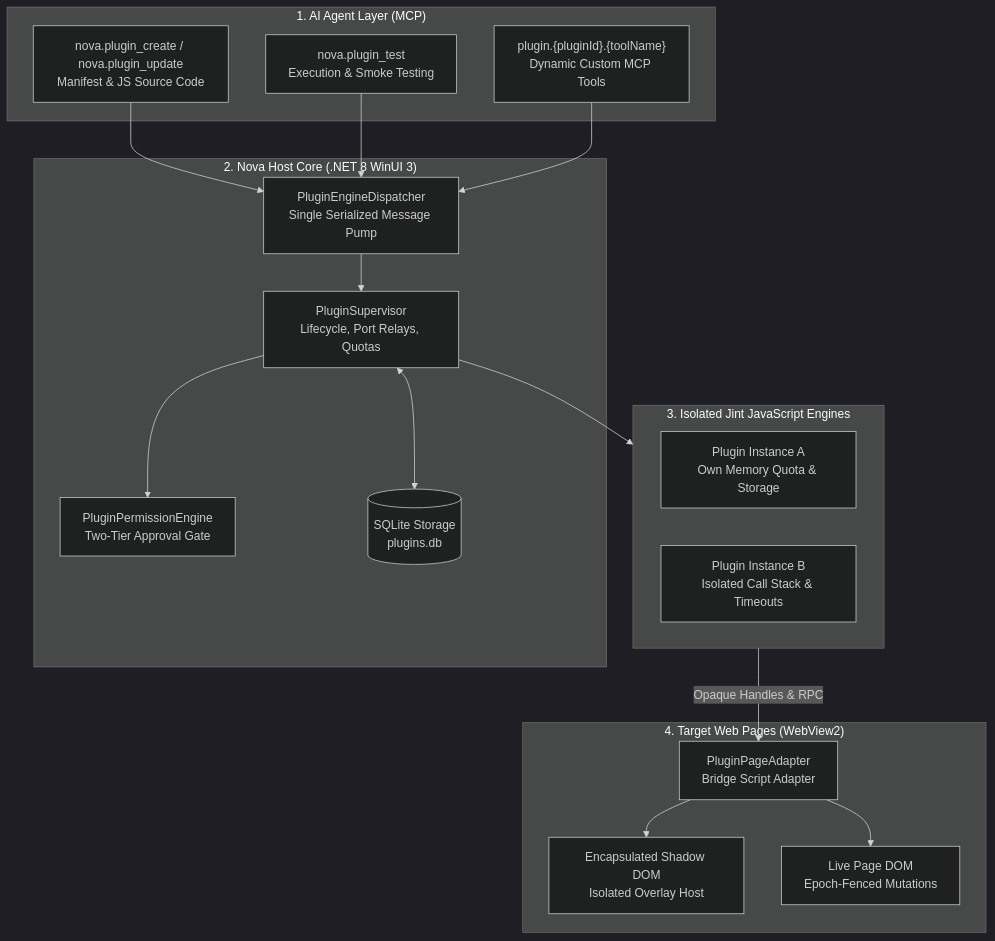
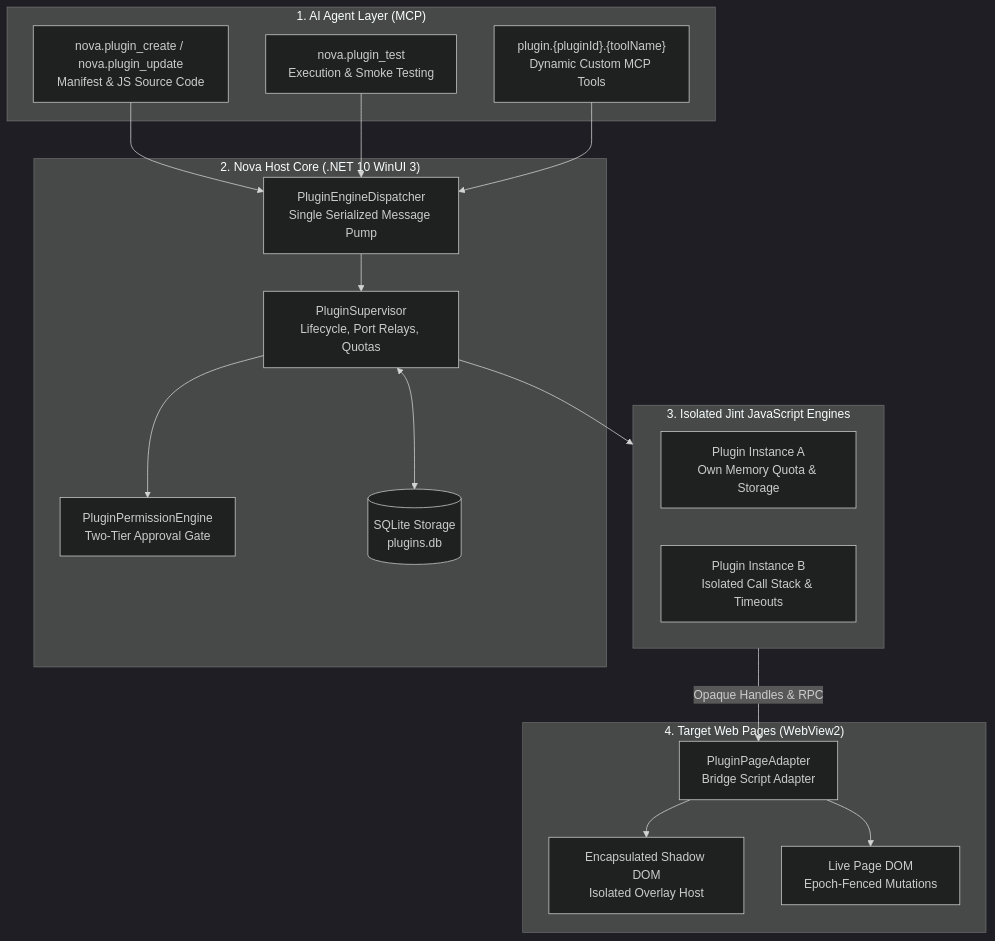
One commit to joelaniol/nova changed the first of 4 diagrams in docs/core-features/plugins/README.md. Above: the diagram before and after it, drawn with Mermaid (dark theme). The commit also changed 19 other files, not shown here.

````diff
--- a/docs/core-features/plugins/README.md
+++ b/docs/core-features/plugins/README.md
@@ -30,39 +30,39 @@
 ```mermaid
 flowchart TD
     subgraph AgentLayer["1. AI Agent Layer (MCP)"]
         Author["nova.plugin_create / nova.plugin_update<br>Manifest & JS Source Code"]
         Test["nova.plugin_test<br>Execution & Smoke Testing"]
         CustomCall["plugin.{pluginId}.{toolName}<br>Dynamic Custom MCP Tools"]
     end
 
-    subgraph HostCore["2. Nova Host Core (.NET 8 WinUI 3)"]
+    subgraph HostCore["2. Nova Host Core (.NET 10 WinUI 3)"]
         Dispatcher["PluginEngineDispatcher<br>Single Serialized Message Pump"]
         Supervisor["PluginSupervisor<br>Lifecycle, Port Relays, Quotas"]
         PermEngine["PluginPermissionEngine<br>Two-Tier Approval Gate"]
         DB[("SQLite Storage<br>plugins.db")]
     end
 
     subgraph Sandboxes["3. Isolated Jint JavaScript Engines"]
         VM1["Plugin Instance A<br>Own Memory Quota & Storage"]
         VM2["Plugin Instance B<br>Isolated Call Stack & Timeouts"]
     end
 
     subgraph BrowserTabs["4. Target Web Pages (WebView2)"]
         PageAdapter["PluginPageAdapter<br>Bridge Script Adapter"]
         ShadowDOM["Encapsulated Shadow DOM<br>Isolated Overlay Host"]
         DOMNodes["Live Page DOM<br>Epoch-Fenced Mutations"]
     end
 
     Author --> Dispatcher
     Test --> Dispatcher
     CustomCall --> Dispatcher
 
     Dispatcher --> Supervisor
     Supervisor --> PermEngine
     Supervisor --> Sandboxes
     Supervisor <--> DB
 
     Sandboxes -->|Opaque Handles & RPC| PageAdapter
     PageAdapter --> ShadowDOM
     PageAdapter --> DOMNodes
 ```
````
